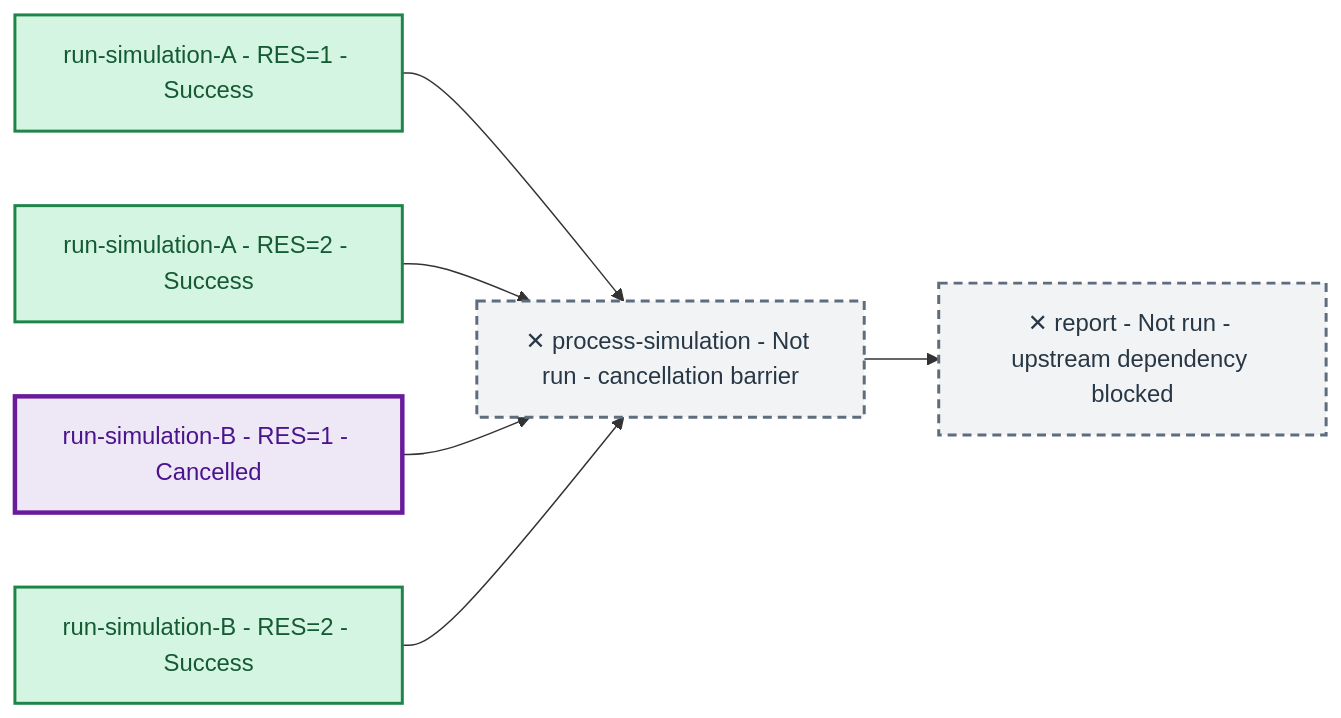
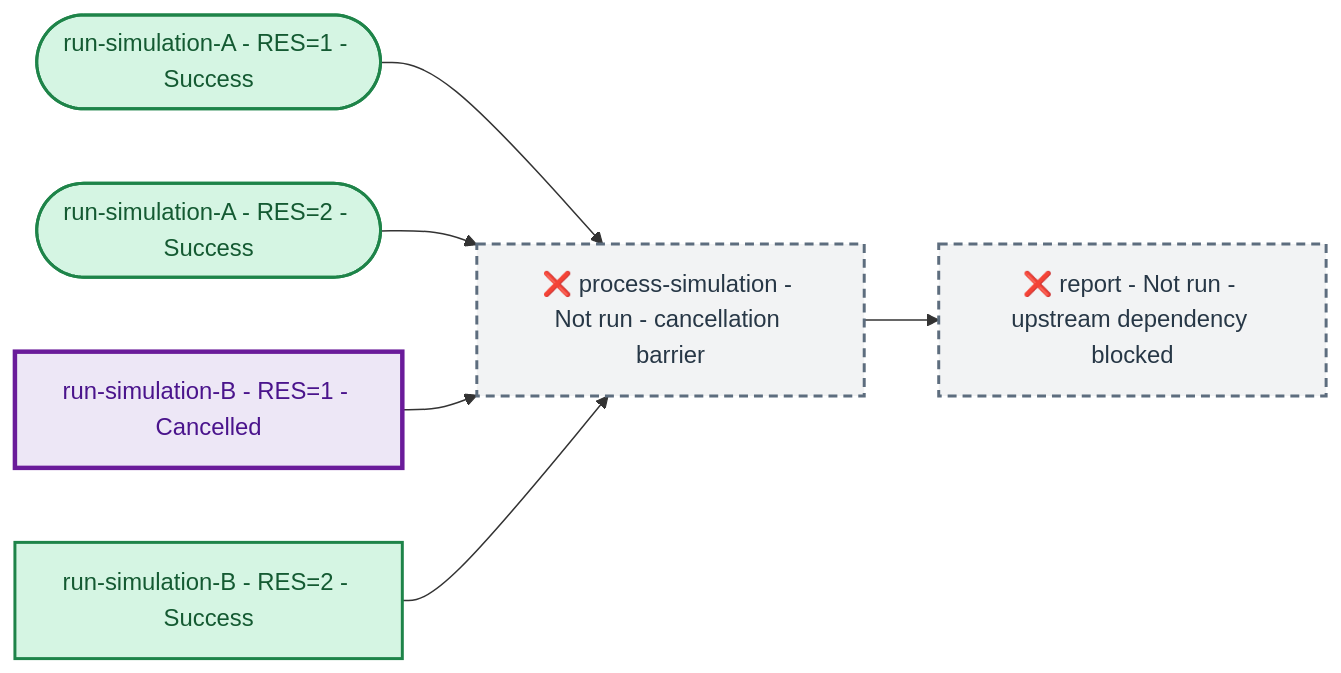
Before and after one commit to LLNL/maestrowf: the fourth of 4 diagrams in docs/Maestro/meps/mep-004-step-dependency-execution-policy.md, drawn with Mermaid. The commit also changed other lines of this file, not shown here.

````diff
--- a/docs/Maestro/meps/mep-004-step-dependency-execution-policy.md
+++ b/docs/Maestro/meps/mep-004-step-dependency-execution-policy.md
@@ -316,23 +316,23 @@
 ```mermaid
 flowchart LR
-    A1["run-simulation-A - RES=1 - Success"]
-    A2["run-simulation-A - RES=2 - Success"]
+    A1(["run-simulation-A - RES=1 - Success"])
+    A2(["run-simulation-A - RES=2 - Success"])
     B1["run-simulation-B - RES=1 - Cancelled"]
     B2["run-simulation-B - RES=2 - Success"]
-    P["✕ process-simulation - Not run - cancellation barrier"]
-    R["✕ report - Not run - upstream dependency blocked"]
+    P["❌ process-simulation - Not run - cancellation barrier"]
+    R["❌ report - Not run - upstream dependency blocked"]
 
     A1 --> P
     A2 --> P
     B1 --> P
     B2 --> P
     P --> R
 
     classDef success fill:#d5f5e3,stroke:#1e8449,color:#145a32,stroke-width:2px
     classDef cancelled fill:#ede7f6,stroke:#6a1b9a,color:#4a148c,stroke-width:3px
     classDef blocked fill:#f2f3f4,stroke:#5d6d7e,color:#273746,stroke-width:2px,stroke-dasharray:6 4
 
     class A1,A2,B2 success
     class B1 cancelled
     class P,R blocked
 ```
````
